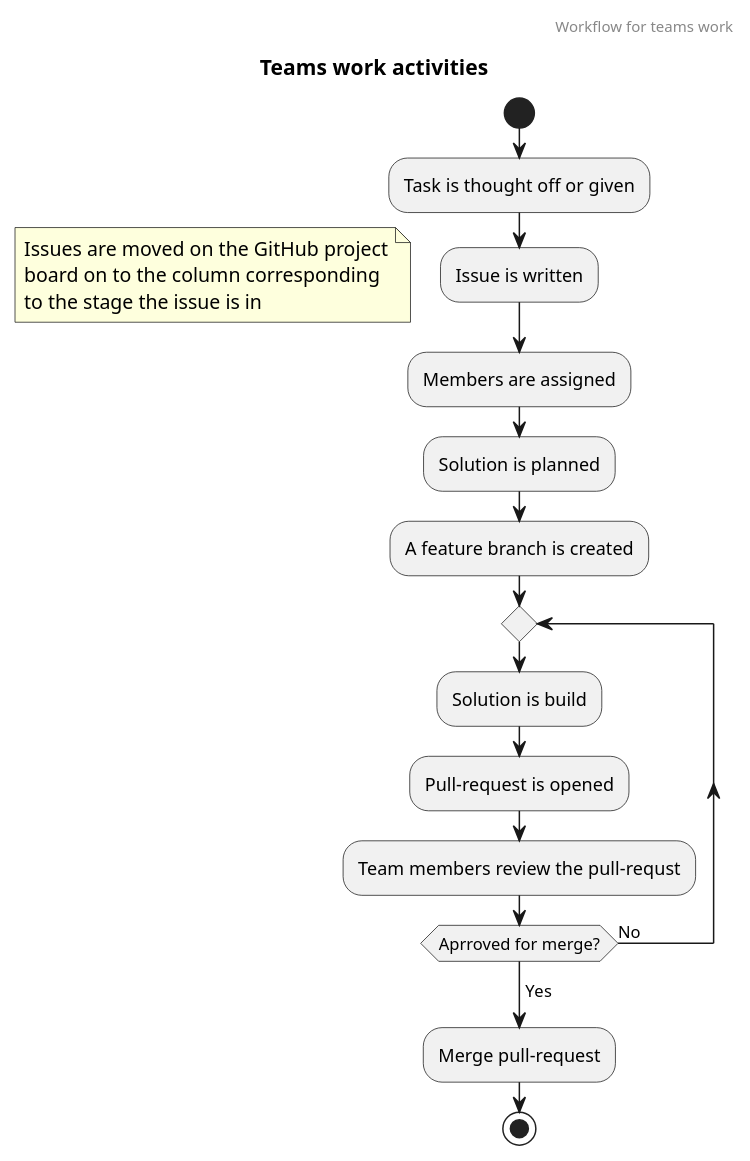
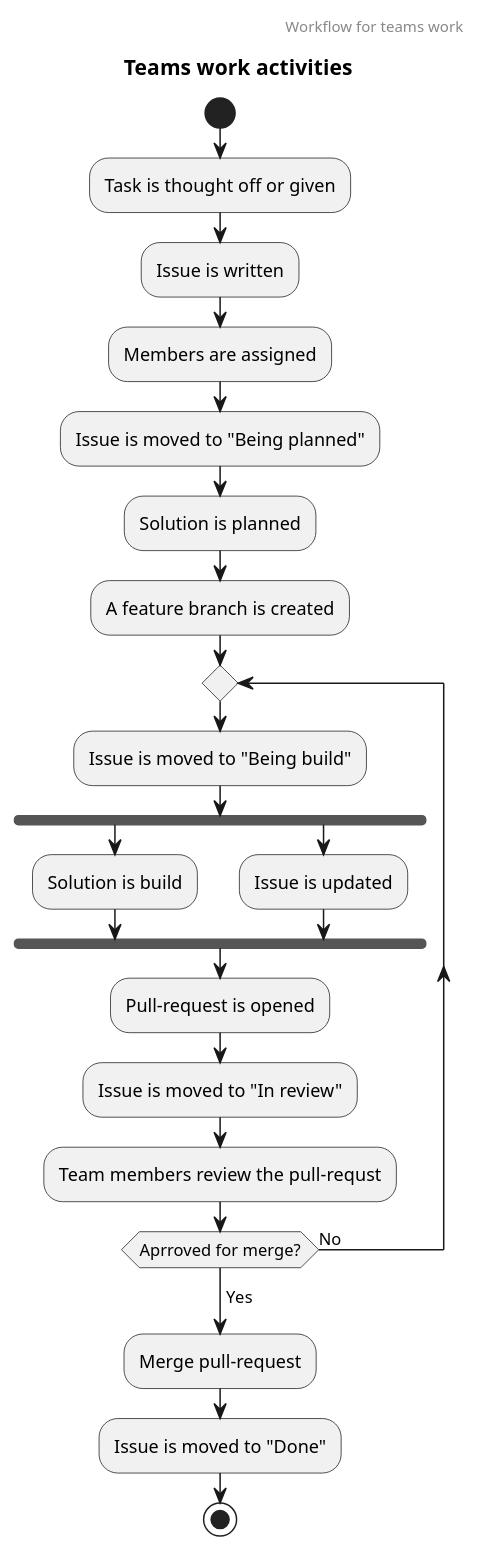
The diagram in Docs/report_diagrams/UML_activity_diagrams/Team_workflow.puml (ITU-BDSA23-GROUP10/Chirp), drawn with PlantUML before and after one commit.

Commit message:
Add issue movement to team workflow diagram

```diff
--- a/Docs/report_diagrams/UML_activity_diagrams/Team_workflow.puml
+++ b/Docs/report_diagrams/UML_activity_diagrams/Team_workflow.puml
@@ -1,19 +1,26 @@
 @startuml team_workflow
 header Workflow for teams work
 title Teams work activities 
 start
 :Task is thought off or given;
 :Issue is written;
-floating note left: Issues are moved on the GitHub project\nboard on to the column corresponding\nto the stage the issue is in
 :Members are assigned;
+:Issue is moved to "Being planned";
 :Solution is planned;
 :A feature branch is created; 
 repeat
-    :Solution is build;
+    :Issue is moved to "Being build";
+    fork
+        :Solution is build;
+    fork again
+        :Issue is updated;
+    endfork
     :Pull-request is opened;
+    :Issue is moved to "In review";
     :Team members review the pull-requst;
 repeat while (Aprroved for merge?) is (No)
 ->Yes;
 :Merge pull-request;
+:Issue is moved to "Done";
 stop
 @enduml
```
